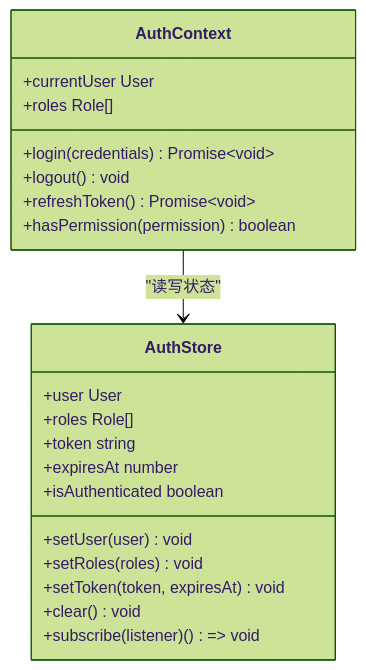
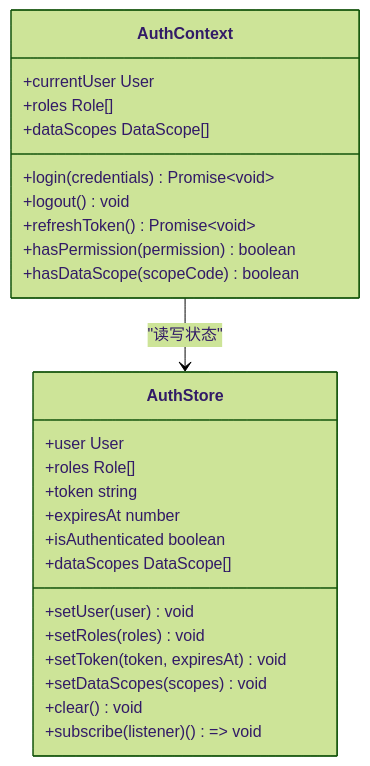
The third of 8 diagrams in .qoder/repowiki/zh/content/安全指南/认证与授权安全.md (Damao997/newproject), drawn with Mermaid (forest theme) before and after one commit. The commit also changed other lines of this file and 118 other files, not shown here.

````diff
--- a/.qoder/repowiki/zh/content/安全指南/认证与授权安全.md
+++ b/.qoder/repowiki/zh/content/安全指南/认证与授权安全.md
@@ -146,24 +166,28 @@
 ```mermaid
 classDiagram
 class AuthContext {
 +login(credentials) Promise~void~
 +logout() void
 +refreshToken() Promise~void~
 +hasPermission(permission) boolean
++hasDataScope(scopeCode) boolean
 +currentUser User
 +roles Role[]
++dataScopes DataScope[]
 }
 class AuthStore {
 +user User
 +roles Role[]
 +token string
 +expiresAt number
 +isAuthenticated boolean
++dataScopes DataScope[]
 +setUser(user) void
 +setRoles(roles) void
 +setToken(token, expiresAt) void
++setDataScopes(scopes) void
 +clear() void
 +subscribe(listener) () => void
 }
 AuthContext --> AuthStore : "读写状态"
 ```
````
